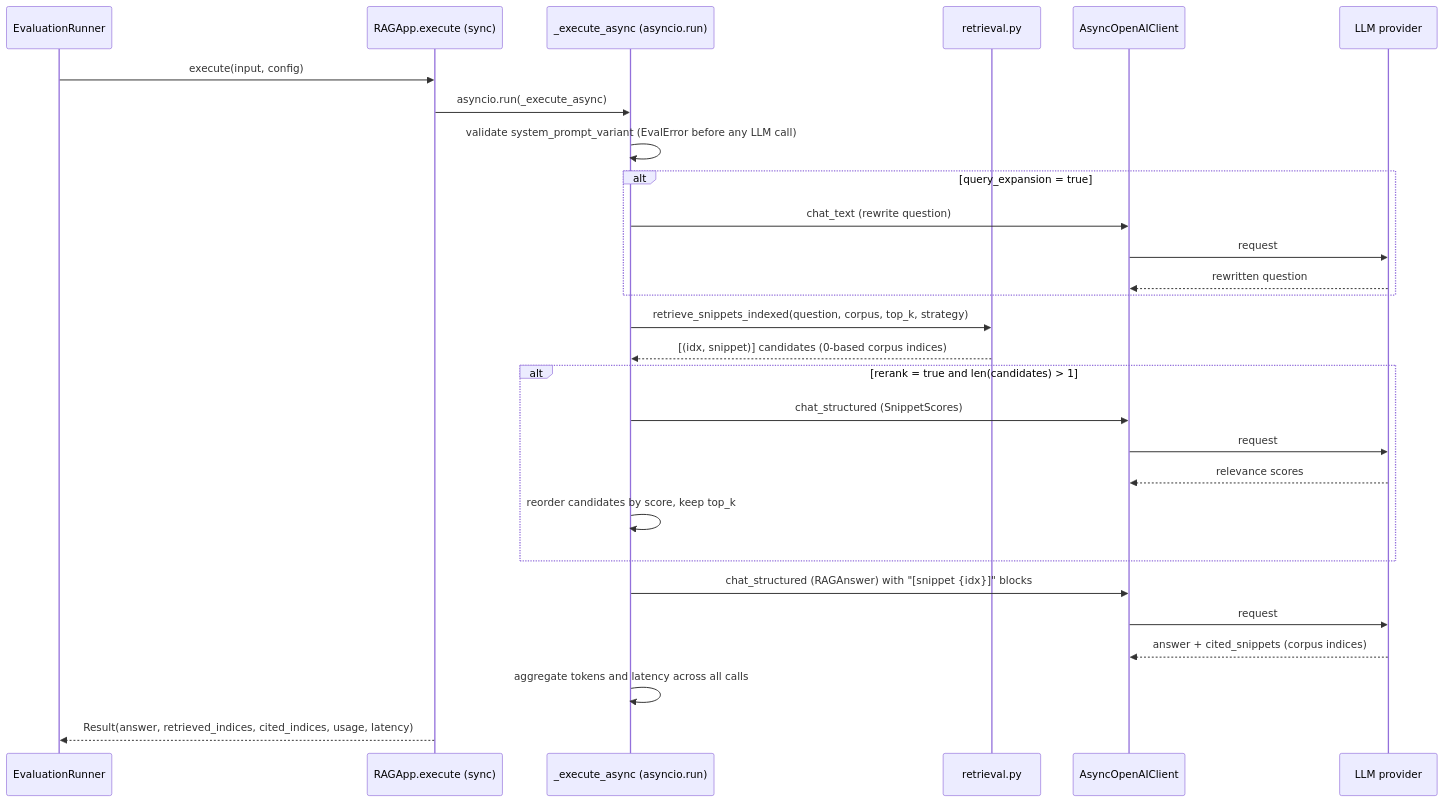
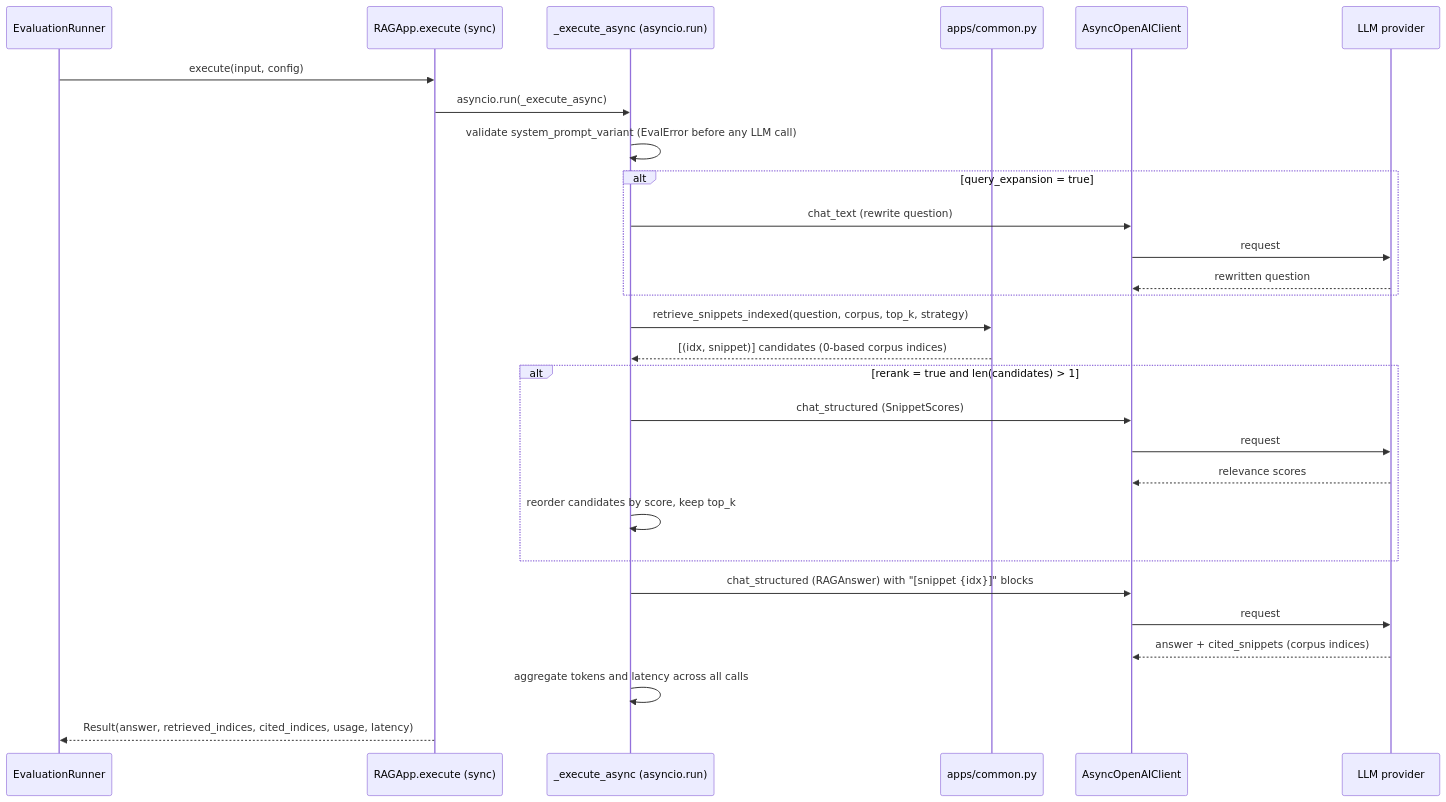
Before and after one commit to gamberooni/refinely: the sixth of 7 diagrams in docs/architecture.md, drawn with Mermaid. The commit also changed other lines of this file and 80 other files, not shown here.

````diff
--- a/docs/architecture.md
+++ b/docs/architecture.md
@@ -203,31 +208,31 @@
 ```mermaid
 sequenceDiagram
     participant RUN as EvaluationRunner
     participant EX as RAGApp.execute (sync)
     participant PIP as _execute_async (asyncio.run)
-    participant RT as retrieval.py
+    participant RT as apps/common.py
     participant LLM as AsyncOpenAIClient
     participant GW as LLM provider
 
     RUN->>EX: execute(input, config)
     EX->>PIP: asyncio.run(_execute_async)
     PIP->>PIP: validate system_prompt_variant (EvalError before any LLM call)
     alt query_expansion = true
         PIP->>LLM: chat_text (rewrite question)
         LLM->>GW: request
         GW-->>LLM: rewritten question
     end
     PIP->>RT: retrieve_snippets_indexed(question, corpus, top_k, strategy)
     RT-->>PIP: [(idx, snippet)] candidates (0-based corpus indices)
     alt rerank = true and len(candidates) > 1
         PIP->>LLM: chat_structured (SnippetScores)
         LLM->>GW: request
         GW-->>LLM: relevance scores
         PIP->>PIP: reorder candidates by score, keep top_k
     end
     PIP->>LLM: chat_structured (RAGAnswer) with "[snippet {idx}]" blocks
     LLM->>GW: request
     GW-->>LLM: answer + cited_snippets (corpus indices)
     PIP->>PIP: aggregate tokens and latency across all calls
     EX-->>RUN: Result(answer, retrieved_indices, cited_indices, usage, latency)
 ```
````
